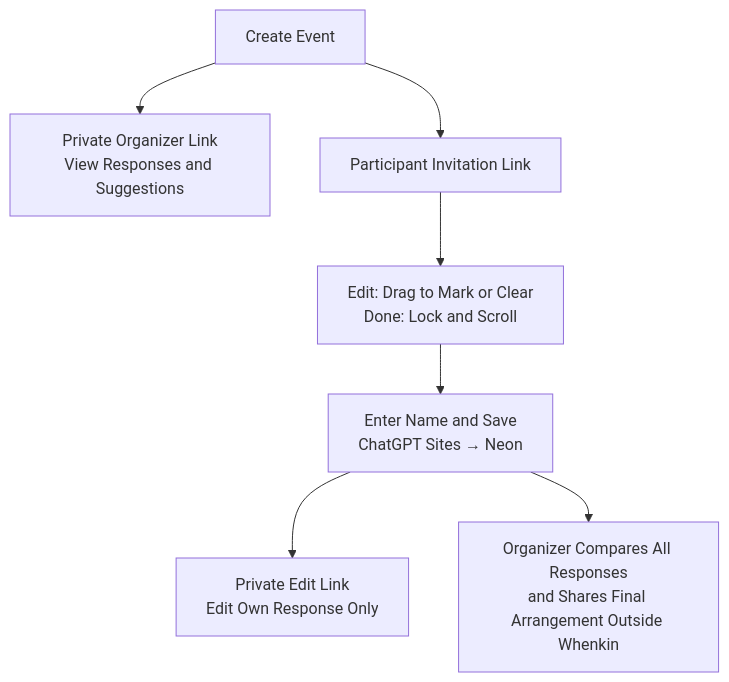
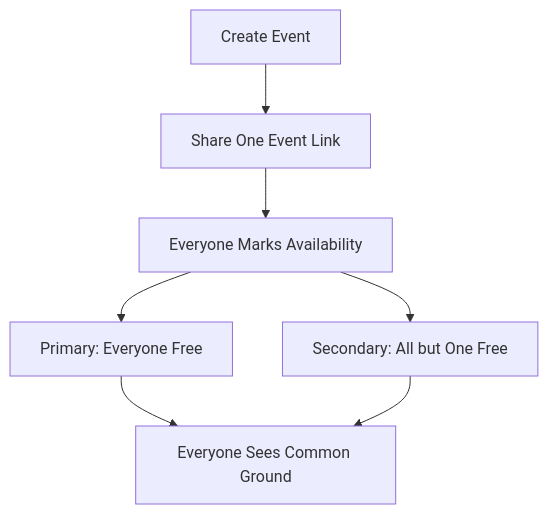
The diagram in README.md (jimmy181211/whenkin), drawn with Mermaid before and after one commit. The commit also changed other lines of this file and 31 other files, not shown here.

Commit message:
Simplify shared scheduling and add primary and secondary common ground

````diff
--- a/README.md
+++ b/README.md
@@ -45,9 +26,9 @@
 ```mermaid
 flowchart TD
-  C["Create Event"] --> O["Private Organizer Link<br/>View Responses and Suggestions"]
-  C --> P["Participant Invitation Link"]
-  P --> R["Edit: Drag to Mark or Clear<br/>Done: Lock and Scroll"]
-  R --> N["Enter Name and Save<br/>ChatGPT Sites → Neon"]
-  N --> E["Private Edit Link<br/>Edit Own Response Only"]
-  N --> F["Organizer Compares All Responses<br/>and Shares Final Arrangement Outside Whenkin"]
+  C["Create Event"] --> L["Share One Event Link"]
+  L --> R["Everyone Marks Availability"]
+  R --> P["Primary: Everyone Free"]
+  R --> S["Secondary: All but One Free"]
+  P --> G["Everyone Sees Common Ground"]
+  S --> G
 ```
````
